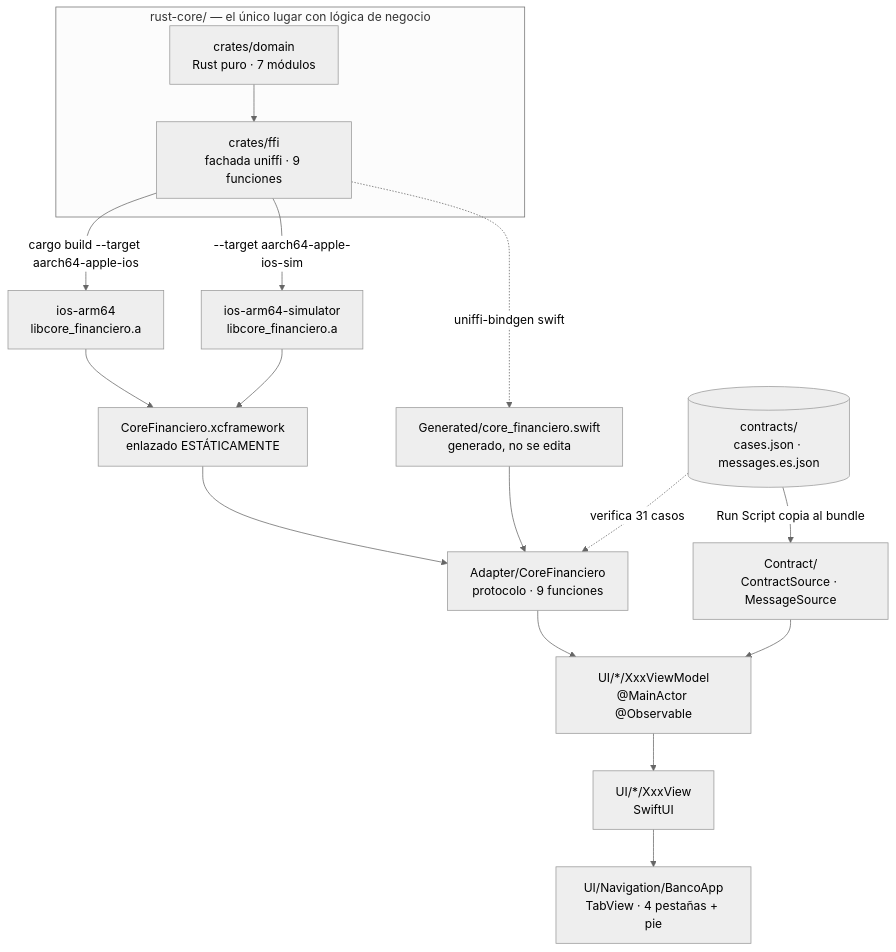
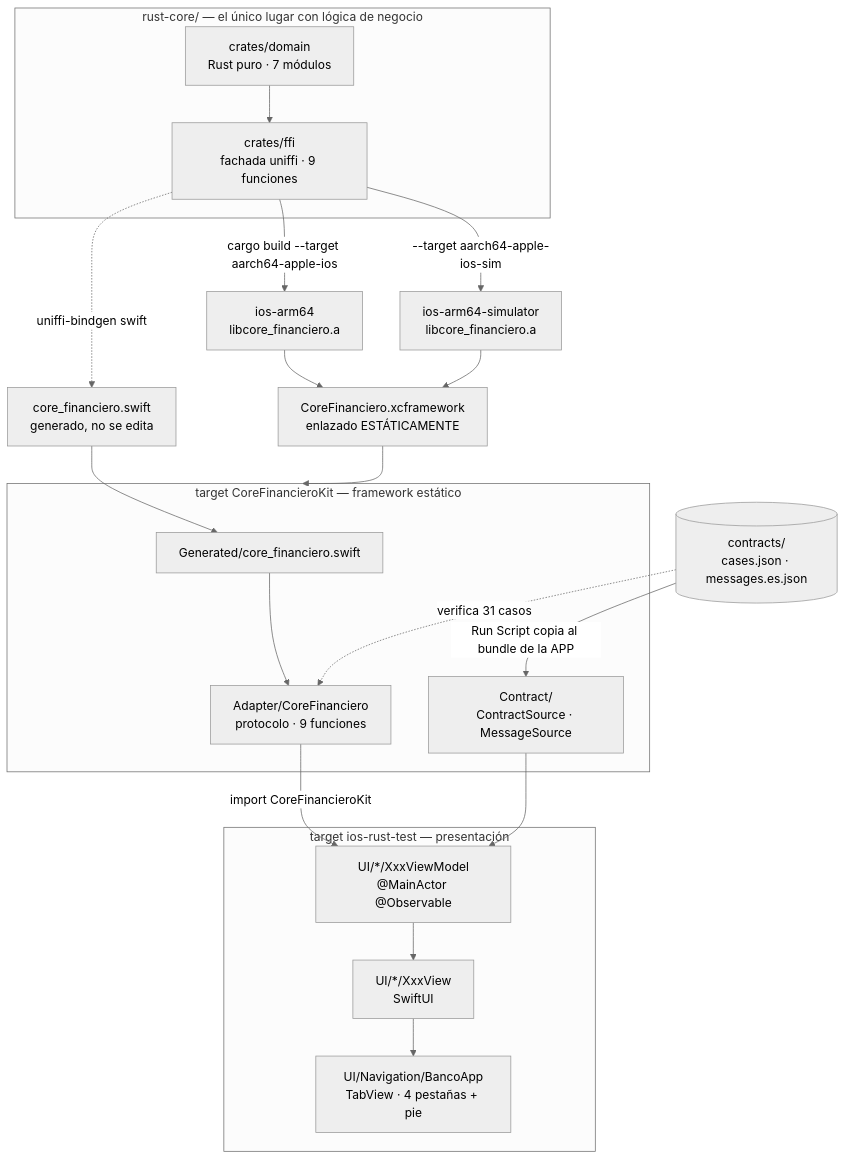
The diagram in apps/ios/README.md (tohure/rust-core-cross-app), drawn with Mermaid (neutral theme) before and after one commit. The commit also changed other lines of this file and 4 other files, not shown here.

First line of the commit message:
docs(ios): corregir la premisa del split y cerrar el ítem del target único

````diff
--- a/apps/ios/README.md
+++ b/apps/ios/README.md
@@ -28,26 +28,38 @@
 ```mermaid
 flowchart TD
     subgraph core["rust-core/ — el único lugar con lógica de negocio"]
         domain["crates/domain<br/>Rust puro · 7 módulos"]
         ffi["crates/ffi<br/>fachada uniffi · 9 funciones"]
         domain --> ffi
     end
 
     ffi -->|"cargo build --target aarch64-apple-ios"| dev["ios-arm64<br/>libcore_financiero.a"]
     ffi -->|"--target aarch64-apple-ios-sim"| sim["ios-arm64-simulator<br/>libcore_financiero.a"]
-    ffi -.->|"uniffi-bindgen swift"| gen["Generated/core_financiero.swift<br/>generado, no se edita"]
+    ffi -.->|"uniffi-bindgen swift"| gen["core_financiero.swift<br/>generado, no se edita"]
 
     dev --> xcf["CoreFinanciero.xcframework<br/>enlazado ESTÁTICAMENTE"]
     sim --> xcf
-    xcf --> adapter["Adapter/CoreFinanciero<br/>protocolo · 9 funciones"]
-    gen --> adapter
 
-    adapter --> vm["UI/*/XxxViewModel<br/>@MainActor @Observable"]
-    vm --> screens["UI/*/XxxView<br/>SwiftUI"]
-    screens --> tabs["UI/Navigation/BancoApp<br/>TabView · 4 pestañas + pie"]
+    subgraph kit["target CoreFinancieroKit — framework estático"]
+        gen2["Generated/core_financiero.swift"]
+        adapter["Adapter/CoreFinanciero<br/>protocolo · 9 funciones"]
+        source["Contract/<br/>ContractSource · MessageSource"]
+        gen2 --> adapter
+    end
+
+    subgraph app["target ios-rust-test — presentación"]
+        vm["UI/*/XxxViewModel<br/>@MainActor @Observable"]
+        screens["UI/*/XxxView<br/>SwiftUI"]
+        tabs["UI/Navigation/BancoApp<br/>TabView · 4 pestañas + pie"]
+        vm --> screens --> tabs
+    end
+
+    xcf --> kit
+    gen --> gen2
+    adapter -->|"import CoreFinancieroKit"| vm
+    source --> vm
 
     contrato[("contracts/<br/>cases.json · messages.es.json")]
-    contrato -->|"Run Script copia al bundle"| source["Contract/<br/>ContractSource · MessageSource"]
-    source --> vm
+    contrato -->|"Run Script copia al bundle de la APP"| source
     contrato -.->|"verifica 31 casos"| adapter
 ```
````
